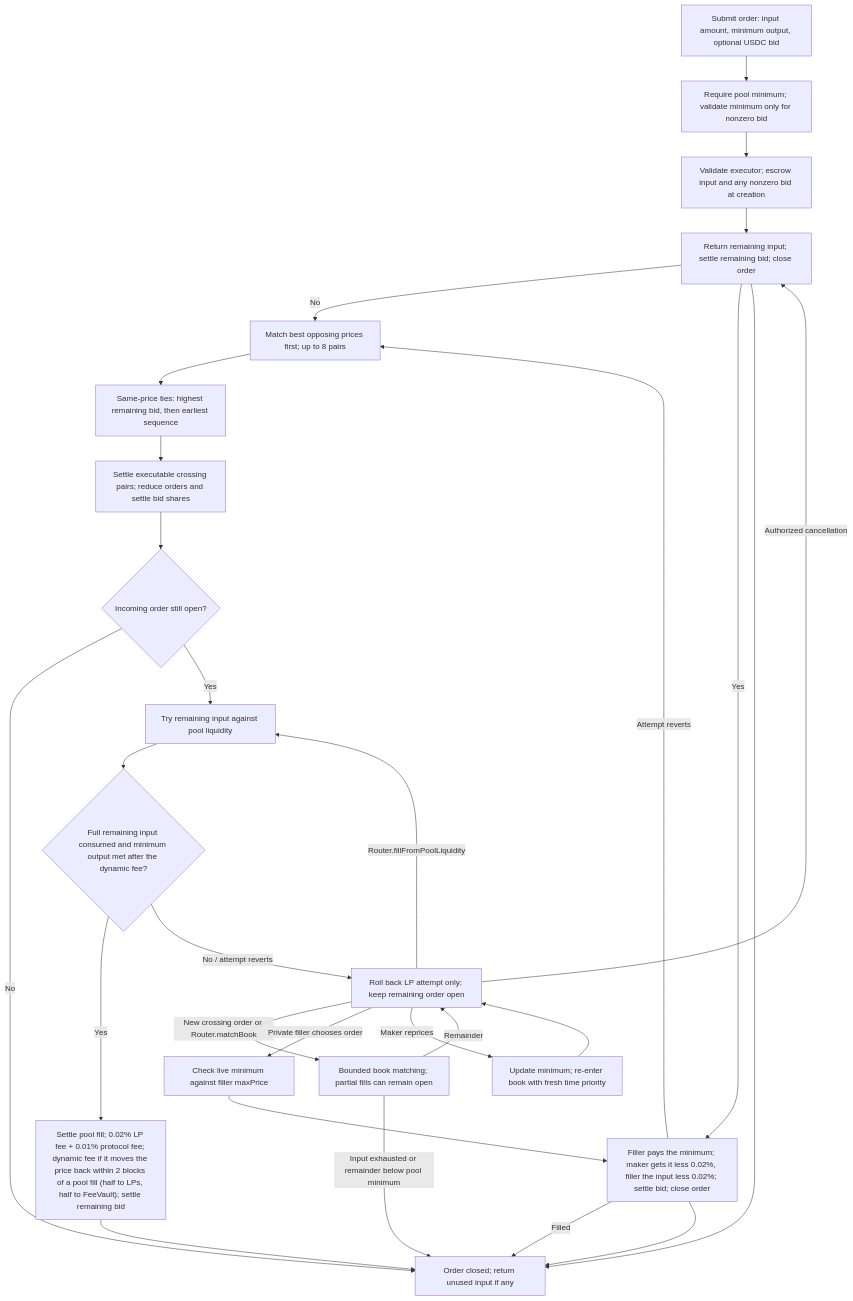
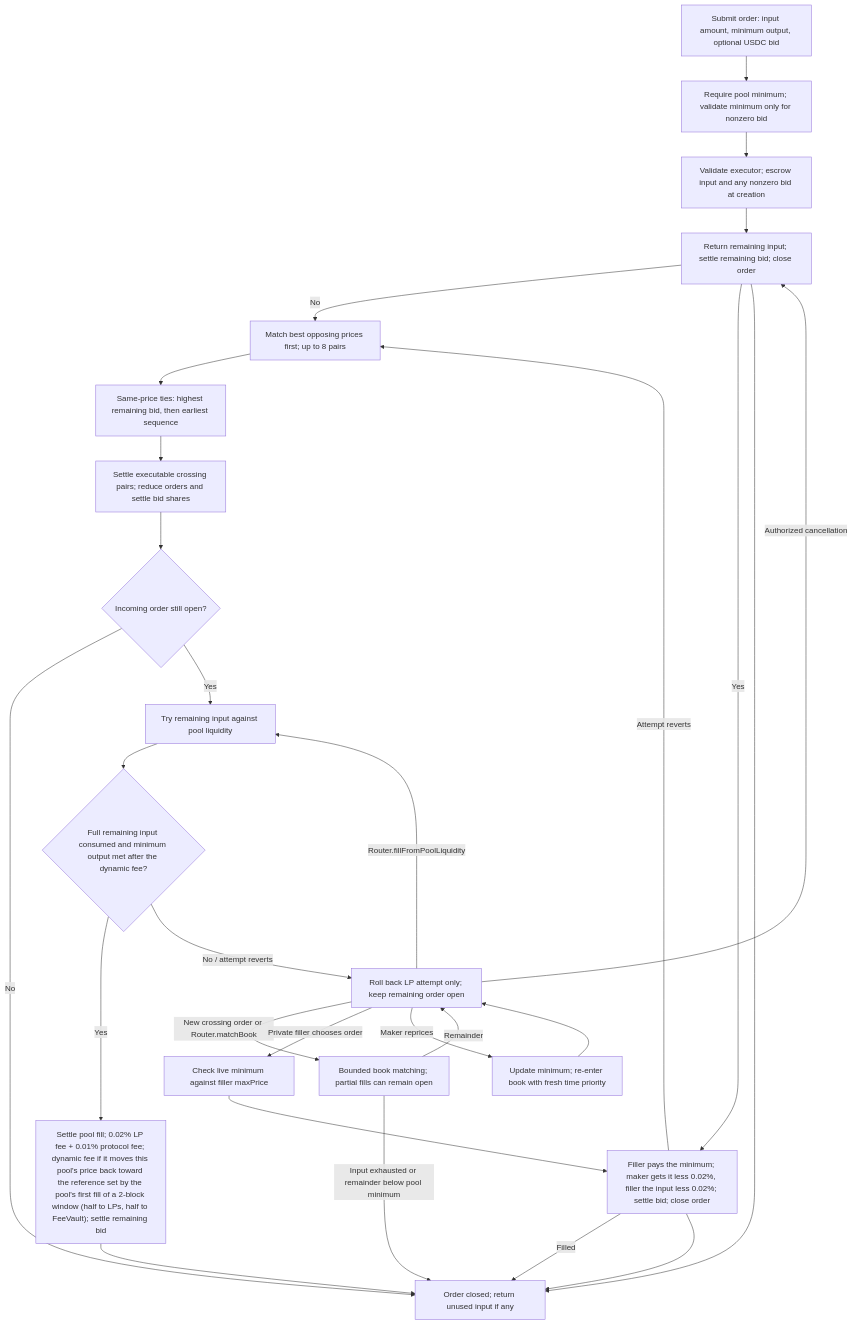
Before and after one commit to asyncswap/contracts: the first of 2 diagrams in docs/order-lifecycle.md, drawn with Mermaid. The commit also changed 3 other files, not shown here.

First line of the commit message:
docs: clarify that dynamic fee ordering is per pool

````diff
--- a/docs/order-lifecycle.md
+++ b/docs/order-lifecycle.md
@@ -9,30 +9,30 @@
 ```mermaid
 flowchart TD
     A["Submit order: input amount, minimum output, optional USDC bid"] --> D["Require pool minimum; validate minimum only for nonzero bid"]
     D --> E["Validate executor; escrow input and any nonzero bid at creation"]
     E --> R{"Pool spot price strictly better than the best opposing level?"}
     R -- "No" --> F["Match best opposing prices first; up to 8 pairs"]
     R -- "Yes" --> P["Try the order against pool liquidity first"]
     P -- "Filled" --> Z
     P -- "Attempt reverts" --> F
     F --> G["Same-price ties: highest remaining bid, then earliest sequence"]
     G --> H["Settle executable crossing pairs; reduce orders and settle bid shares"]
     H --> I{"Incoming order still open?"}
     I -- "No" --> Z["Order closed; return unused input if any"]
     I -- "Yes" --> J["Try remaining input against pool liquidity"]
     J --> K{"Full remaining input consumed and minimum output met after the dynamic fee?"}
-    K -- "Yes" --> L["Settle pool fill; 0.02% LP fee + 0.01% protocol fee; dynamic fee if it moves the price back within 2 blocks of a pool fill (half to LPs, half to FeeVault); settle remaining bid"]
+    K -- "Yes" --> L["Settle pool fill; 0.02% LP fee + 0.01% protocol fee; dynamic fee if it moves this pool's price back toward the reference set by the pool's first fill of a 2-block window (half to LPs, half to FeeVault); settle remaining bid"]
     L --> Z
     K -- "No / attempt reverts" --> M["Roll back LP attempt only; keep remaining order open"]
     M -- "New crossing order or Router.matchBook" --> N["Bounded book matching; partial fills can remain open"]
     N -- "Remainder" --> M
     N -- "Input exhausted or remainder below pool minimum" --> Z
     M -- "Router.fillFromPoolLiquidity" --> J
     M -- "Private filler chooses order" --> O["Check live minimum against filler maxPrice"]
     O --> P["Filler pays the minimum; maker gets it less 0.02%, filler the input less 0.02%; settle bid; close order"]
     P --> Z
     M -- "Maker reprices" --> Q["Update minimum; re-enter book with fresh time priority"]
     Q --> M
     M -- "Authorized cancellation" --> R["Return remaining input; settle remaining bid; close order"]
     R --> Z
 ```
````
